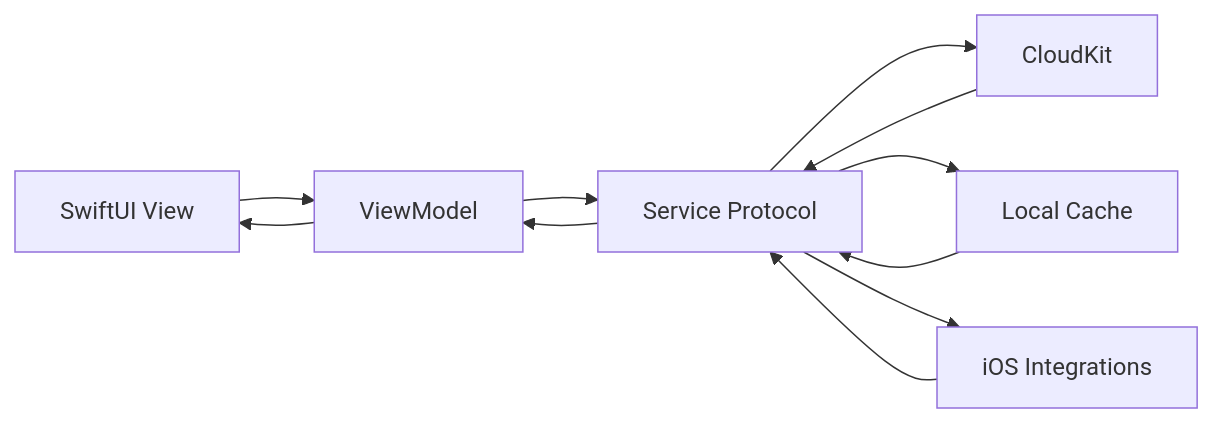
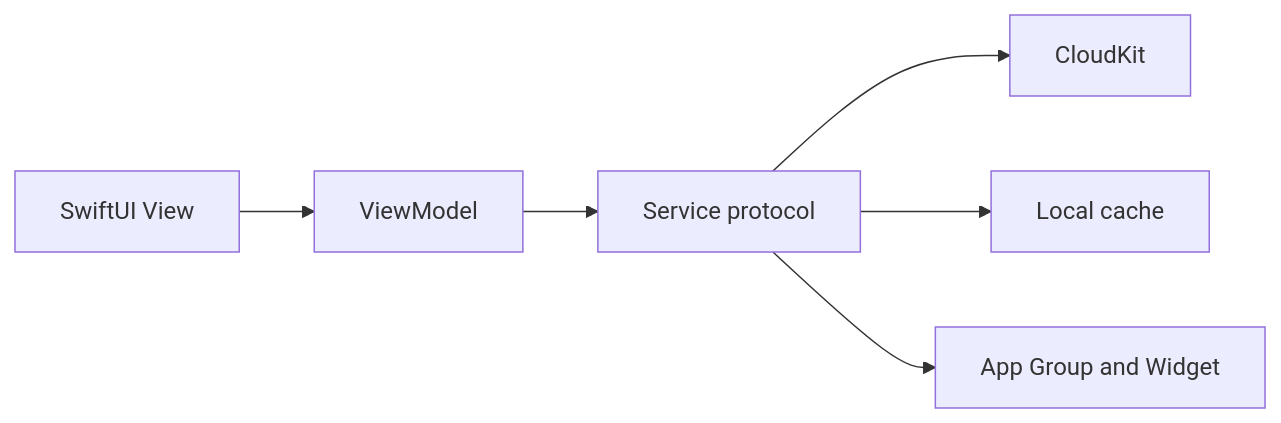
The diagram in README.md (martinnss/pekis), drawn with Mermaid before and after one commit. The commit also changed other lines of this file and 6 other files, not shown here.

````diff
--- a/README.md
+++ b/README.md
@@ -112,13 +40,8 @@
 ```mermaid
 graph LR
     View[SwiftUI View] --> VM[ViewModel]
-    VM --> Service[Service Protocol]
+    VM --> Service[Service protocol]
     Service --> CK[CloudKit]
-    Service --> Cache[Local Cache]
-    Service --> Native[iOS Integrations]
-    CK --> Service
-    Cache --> Service
-    Native --> Service
-    Service --> VM
-    VM --> View
+    Service --> Cache[Local cache]
+    Service --> Widget[App Group and Widget]
 ```
````
